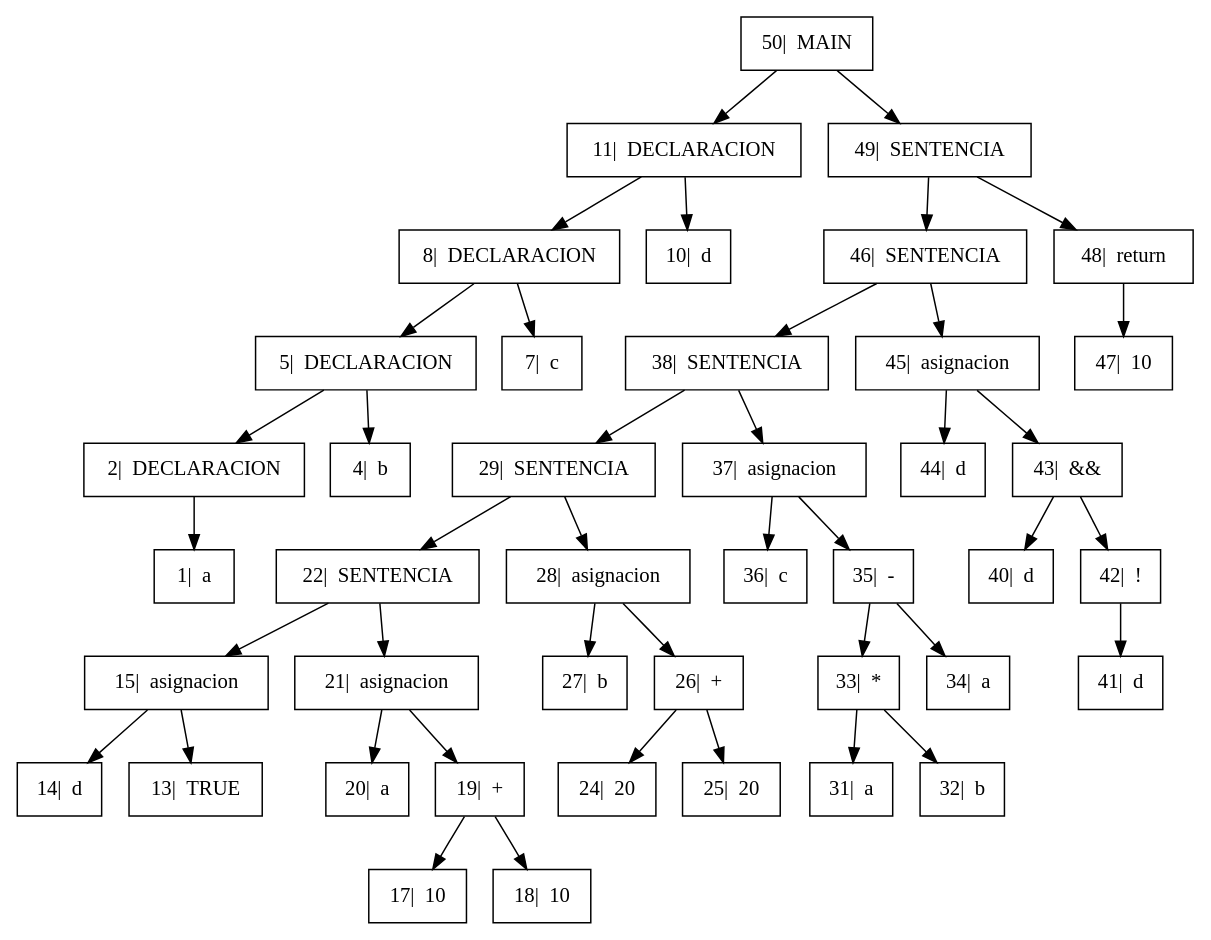
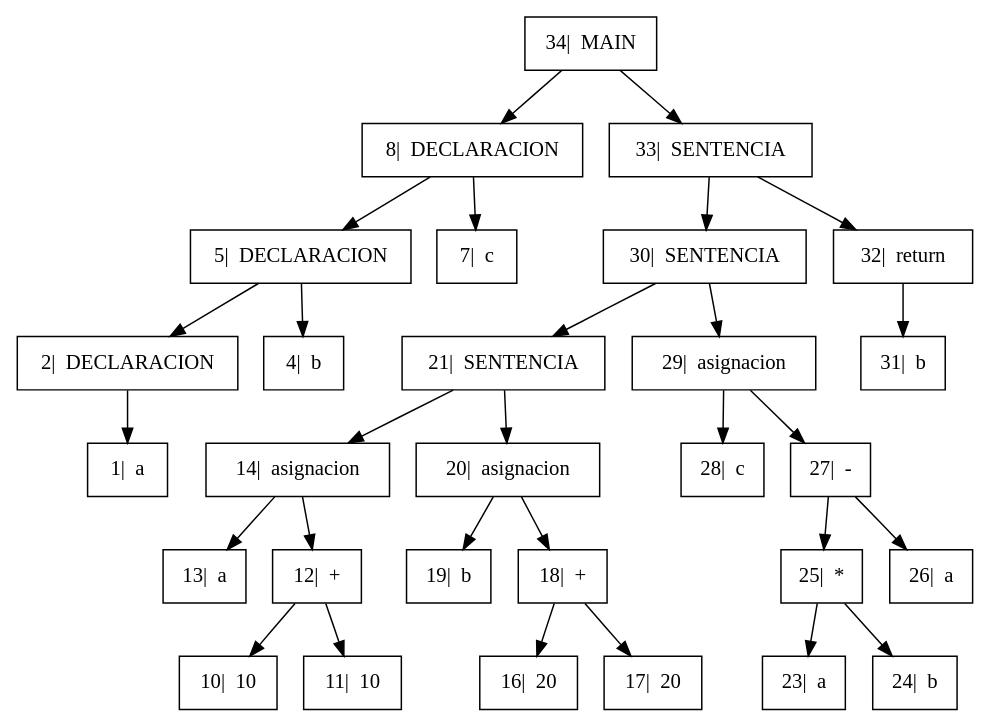
One commit to GiovA07/PRE-PROYECTO-COMPILADORES changed the diagram in Proyecto/Arbol.dot. Above: the diagram before and after it, drawn with Graphviz. The commit also changed 8 other files, not shown here.

```diff
--- a/Proyecto/Arbol.dot
+++ b/Proyecto/Arbol.dot
@@ -1,28 +1,21 @@
 digraph{
 
 rankdir=TB;
 
 node[shape=box];
-"50|  MAIN" -> "11|  DECLARACION", "49|  SENTENCIA";
-"11|  DECLARACION" -> "8|  DECLARACION", "10|  d";
+"34|  MAIN" -> "8|  DECLARACION", "33|  SENTENCIA";
 "8|  DECLARACION" -> "5|  DECLARACION", "7|  c";
 "5|  DECLARACION" -> "2|  DECLARACION", "4|  b";
 "2|  DECLARACION" -> "1|  a" ;
-"49|  SENTENCIA" -> "46|  SENTENCIA", "48|  return";
-"46|  SENTENCIA" -> "38|  SENTENCIA", "45|  asignacion";
-"38|  SENTENCIA" -> "29|  SENTENCIA", "37|  asignacion";
-"29|  SENTENCIA" -> "22|  SENTENCIA", "28|  asignacion";
-"22|  SENTENCIA" -> "15|  asignacion", "21|  asignacion";
-"15|  asignacion" -> "14|  d", "13|  TRUE";
-"21|  asignacion" -> "20|  a", "19|  +";
-"19|  +" -> "17|  10", "18|  10";
-"28|  asignacion" -> "27|  b", "26|  +";
-"26|  +" -> "24|  20", "25|  20";
-"37|  asignacion" -> "36|  c", "35|  -";
-"35|  -" -> "33|  *", "34|  a";
-"33|  *" -> "31|  a", "32|  b";
-"45|  asignacion" -> "44|  d", "43|  &&";
-"43|  &&" -> "40|  d", "42|  !";
-"42|  !" -> "41|  d" ;
-"48|  return" -> "47|  10" ;
+"33|  SENTENCIA" -> "30|  SENTENCIA", "32|  return";
+"30|  SENTENCIA" -> "21|  SENTENCIA", "29|  asignacion";
+"21|  SENTENCIA" -> "14|  asignacion", "20|  asignacion";
+"14|  asignacion" -> "13|  a", "12|  +";
+"12|  +" -> "10|  10", "11|  10";
+"20|  asignacion" -> "19|  b", "18|  +";
+"18|  +" -> "16|  20", "17|  20";
+"29|  asignacion" -> "28|  c", "27|  -";
+"27|  -" -> "25|  *", "26|  a";
+"25|  *" -> "23|  a", "24|  b";
+"32|  return" -> "31|  b" ;
 }
```
